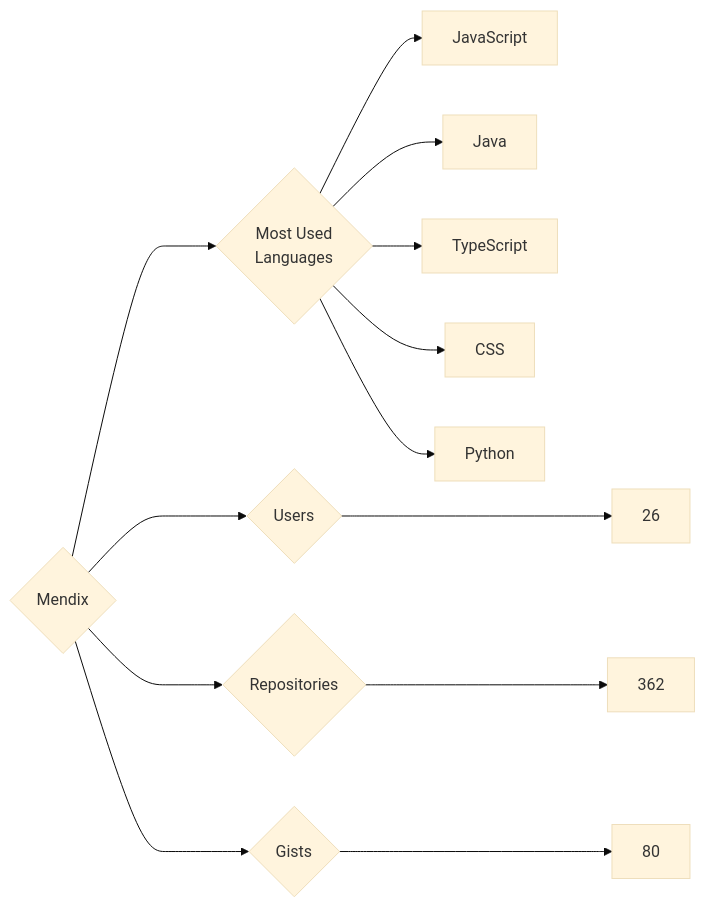
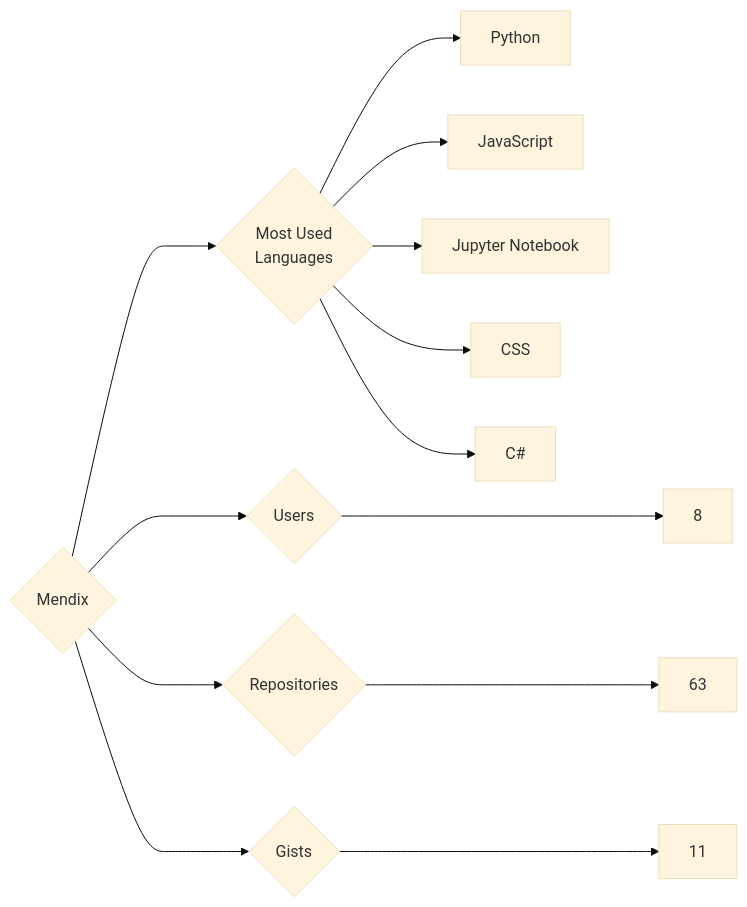
One commit to trickest/insiders changed the diagram in targets/Mendix/README.md. Above: the diagram before and after it, drawn with Mermaid (base theme). The commit also changed 1496 other files, not shown here.

````diff
--- a/targets/Mendix/README.md
+++ b/targets/Mendix/README.md
@@ -3,13 +3,13 @@
 ```mermaid
 graph LR
 COMPANY_NAME{Mendix}
-COMPANY_NAME ---> U{Users} ---> UN[26]
-COMPANY_NAME ---> R{Repositories} ---> RN[362]
-COMPANY_NAME ---> G{Gists} ---> GN[80]
+COMPANY_NAME ---> U{Users} ---> UN[8]
+COMPANY_NAME ---> R{Repositories} ---> RN[63]
+COMPANY_NAME ---> G{Gists} ---> GN[11]
 COMPANY_NAME ---> ML{Most Used<br>Languages}
+ML --> Python[Python]
 ML --> JavaScript[JavaScript]
-ML --> Java[Java]
-ML --> TypeScript[TypeScript]
+ML --> Jupyter_Notebook[Jupyter Notebook]
 ML --> CSS[CSS]
-ML --> Python[Python]
+ML --> C#[C#]
 ```
````
